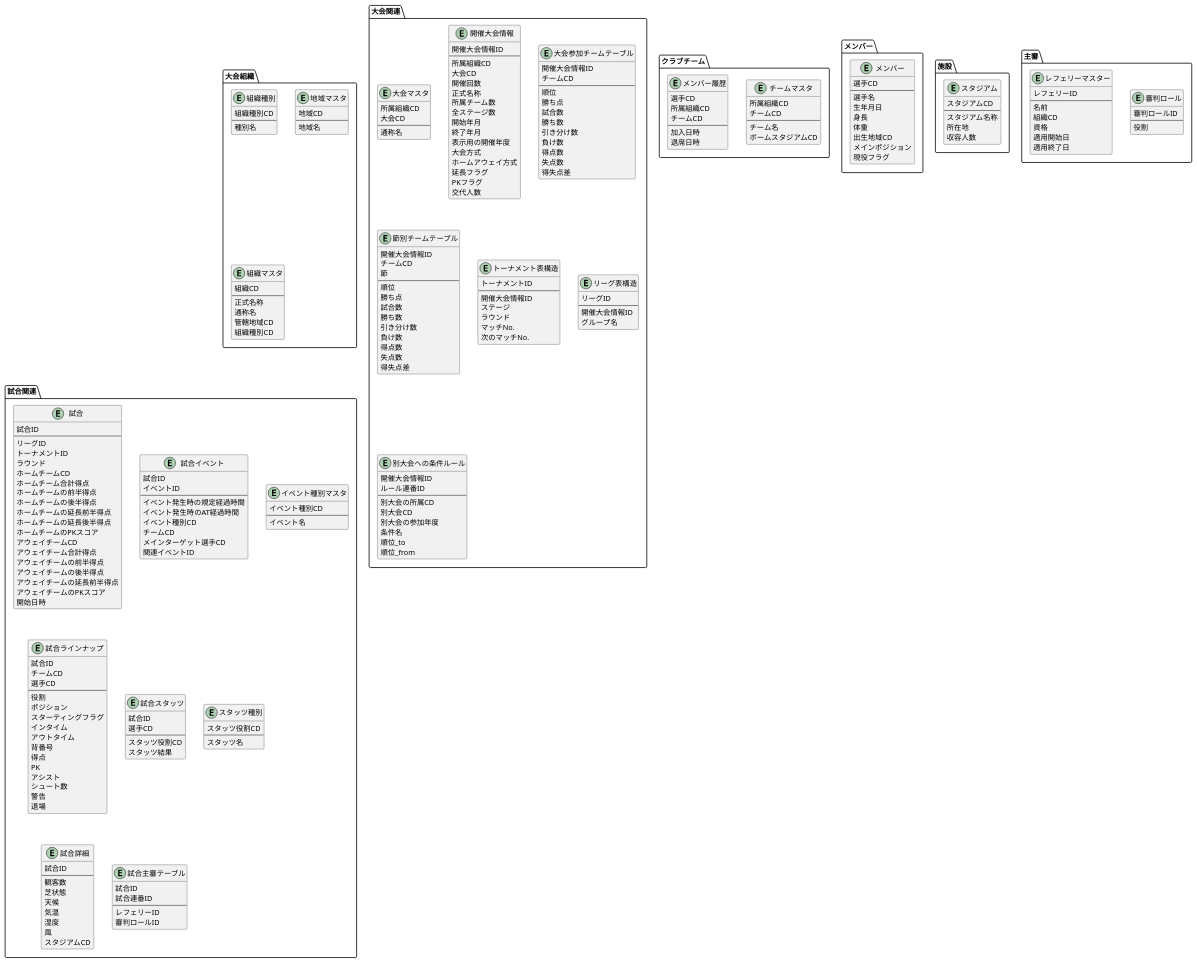
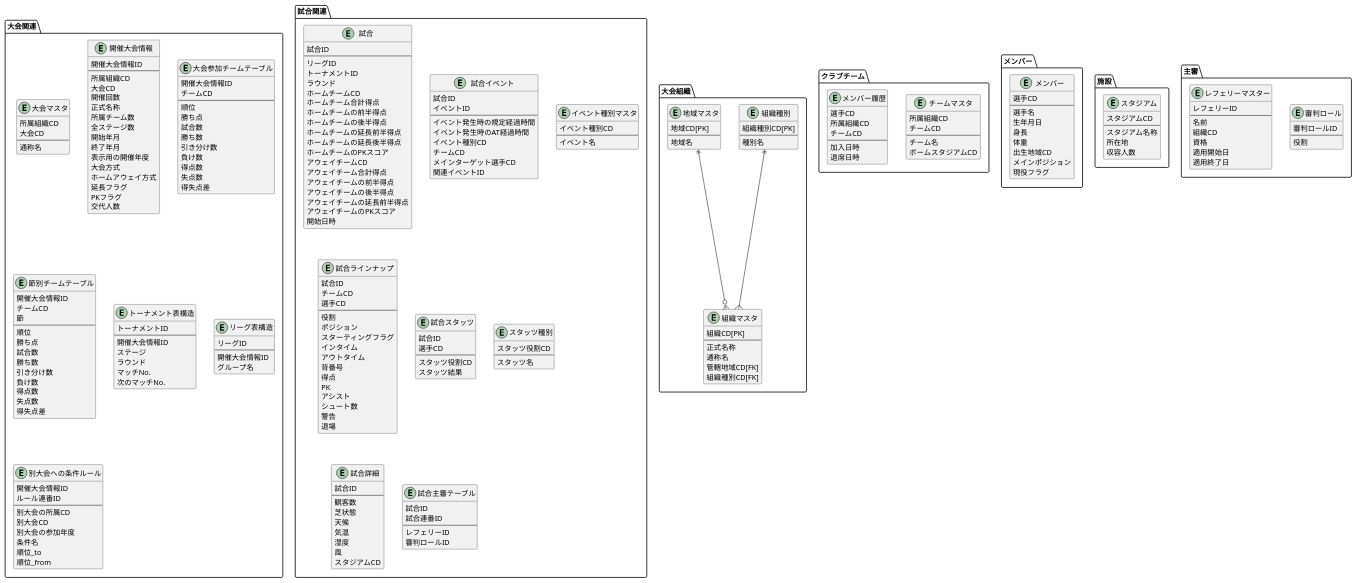
Before and after one commit to LCC-SYamada/SocckerDB_PlantUML: the diagram in soccker_db.puml, drawn with PlantUML.

Commit message:
組織の繋がりとか主キー外部キーの記載を行う

```diff
--- a/soccker_db.puml
+++ b/soccker_db.puml
@@ -2,24 +2,24 @@
 
 package "大会組織" {
   Entity "組織種別" as OrganizationType {
-    組織種別CD
+    組織種別CD[PK]
     --
     種別名
   }
 
   Entity "地域マスタ" as Region {
-    地域CD
+    地域CD[PK]
     --
     地域名
   }
 
   Entity "組織マスタ" as Organization {
-    組織CD
+    組織CD[PK]
     --
     正式名称
     通称名
-    管轄地域CD
-    組織種別CD
+    管轄地域CD[FK]
+    組織種別CD[FK]
   }
 }
 
@@ -267,4 +267,7 @@
   }
 }
 
+OrganizationType  ||--{ Organization
+Region ||--o{ Organization
+
 @enduml
```
